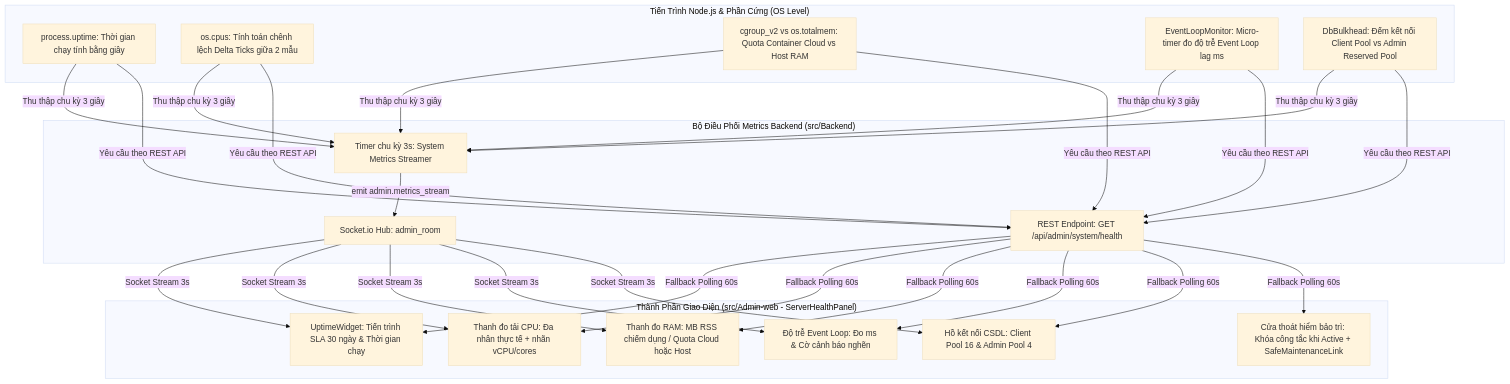
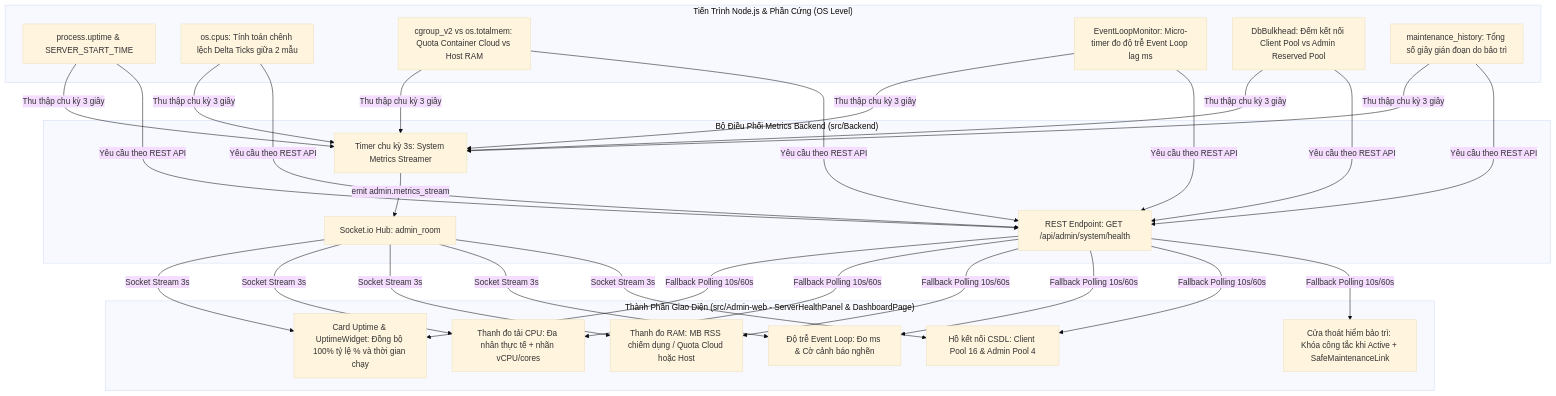
One commit to NguyenPhuBao/ManagementFinance changed the diagram in docs/Admin-web/03-server-health-and-sla-monitoring.md. Above: the diagram before and after it, drawn with Mermaid (base theme). The commit also changed other lines of this file and 38 other files, not shown here.

````diff
--- a/docs/Admin-web/03-server-health-and-sla-monitoring.md
+++ b/docs/Admin-web/03-server-health-and-sla-monitoring.md
@@ -24,32 +26,33 @@
 ```mermaid
 graph TD
     subgraph "Tiến Trình Node.js & Phần Cứng (OS Level)"
-        A1[process.uptime: Thời gian chạy tính bằng giây]
+        A1[process.uptime & SERVER_START_TIME]
         A2[os.cpus: Tính toán chênh lệch Delta Ticks giữa 2 mẫu]
         A3[cgroup_v2 vs os.totalmem: Quota Container Cloud vs Host RAM]
         A4[EventLoopMonitor: Micro-timer đo độ trễ Event Loop lag ms]
         A5[DbBulkhead: Đếm kết nối Client Pool vs Admin Reserved Pool]
+        A6[maintenance_history: Tổng số giây gián đoạn do bảo trì]
     end
 
     subgraph "Bộ Điều Phối Metrics Backend (src/Backend)"
         B1[Timer chu kỳ 3s: System Metrics Streamer]
         B2[REST Endpoint: GET /api/admin/system/health]
         B3[Socket.io Hub: admin_room]
     end
 
-    subgraph "Thành Phần Giao Diện (src/Admin-web - ServerHealthPanel)"
-        C1[UptimeWidget: Tiến trình SLA 30 ngày & Thời gian chạy]
+    subgraph "Thành Phần Giao Diện (src/Admin-web - ServerHealthPanel & DashboardPage)"
+        C1[Card Uptime & UptimeWidget: Đồng bộ 100% tỷ lệ % và thời gian chạy]
         C2[Thanh đo tải CPU: Đa nhân thực tế + nhãn vCPU/cores]
         C3[Thanh đo RAM: MB RSS chiếm dụng / Quota Cloud hoặc Host]
         C4[Độ trễ Event Loop: Đo ms & Cờ cảnh báo nghẽn]
         C5[Hồ kết nối CSDL: Client Pool 16 & Admin Pool 4]
         C6[Cửa thoát hiểm bảo trì: Khóa công tắc khi Active + SafeMaintenanceLink]
     end
 
-    A1 & A2 & A3 & A4 & A5 -->|Thu thập chu kỳ 3 giây| B1
-    A1 & A2 & A3 & A4 & A5 -->|Yêu cầu theo REST API| B2
+    A1 & A2 & A3 & A4 & A5 & A6 -->|Thu thập chu kỳ 3 giây| B1
+    A1 & A2 & A3 & A4 & A5 & A6 -->|Yêu cầu theo REST API| B2
     
     B1 -->|emit admin.metrics_stream| B3
     B3 -->|Socket Stream 3s| C1 & C2 & C3 & C4 & C5
-    B2 -->|Fallback Polling 60s| C1 & C2 & C3 & C4 & C5 & C6
+    B2 -->|Fallback Polling 10s/60s| C1 & C2 & C3 & C4 & C5 & C6
 ```
````
